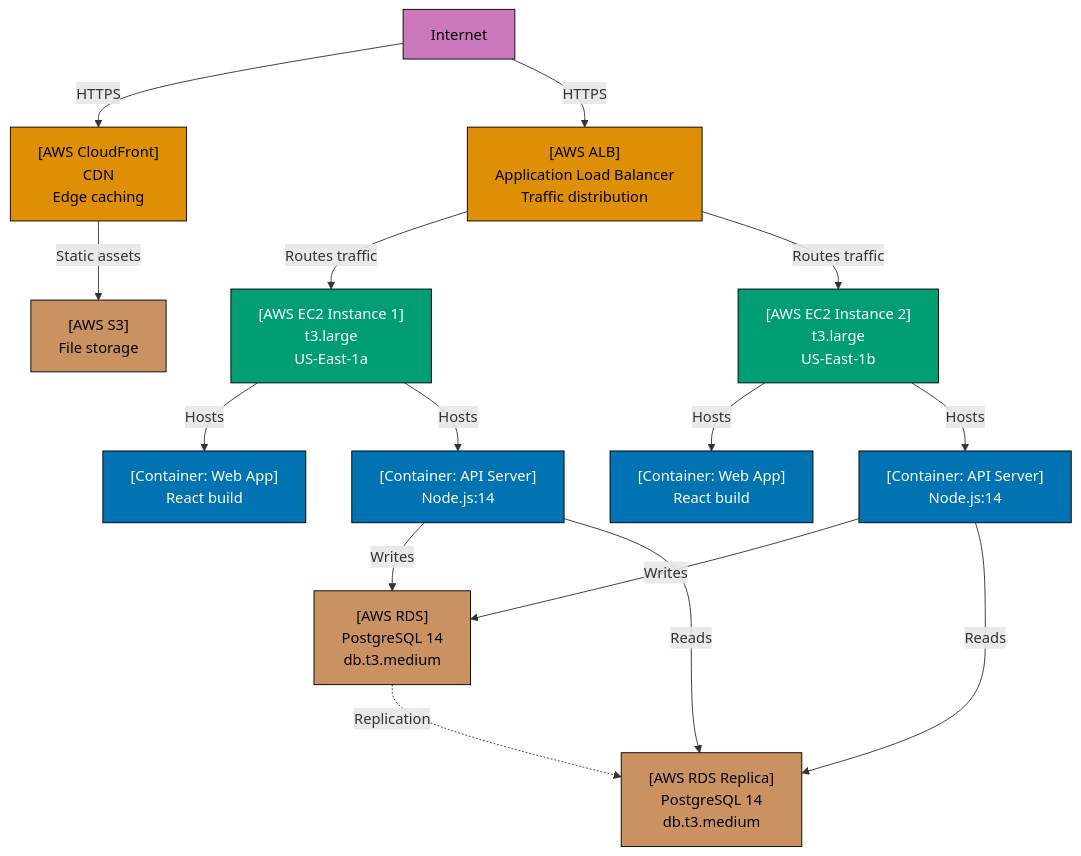
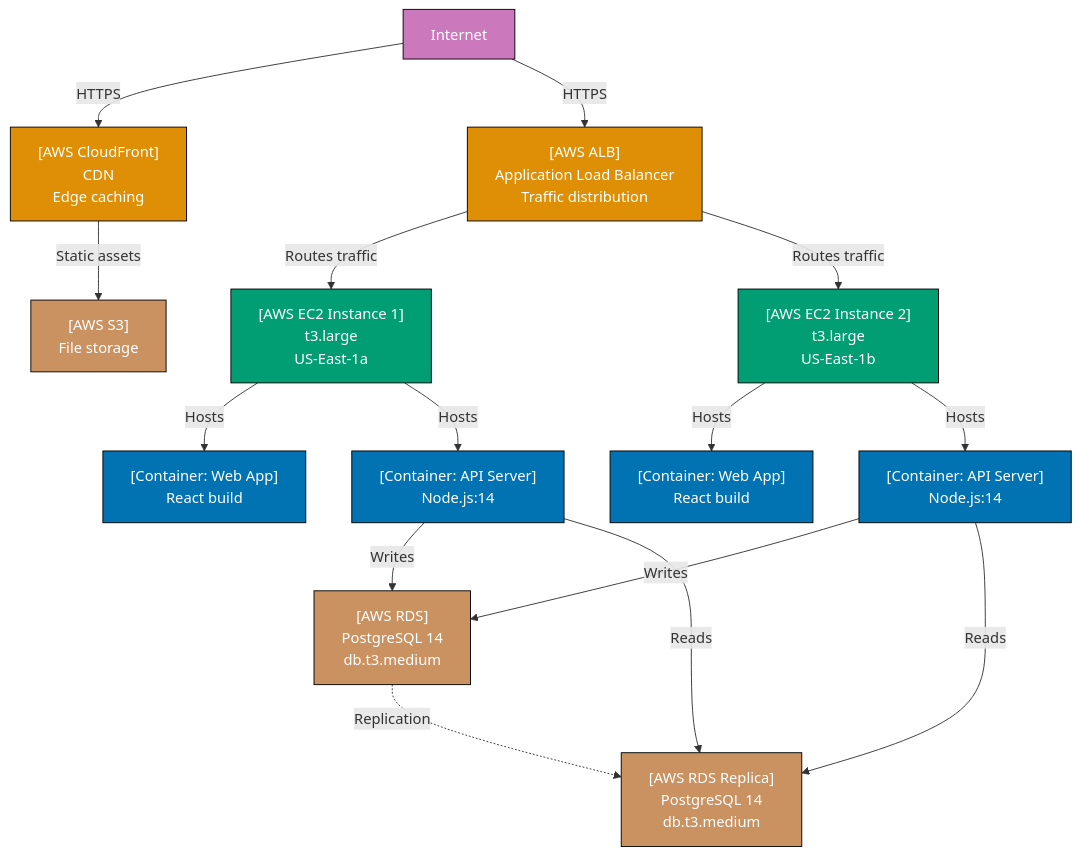
One commit to wahidyankf/open-sharia-enterprise changed the ninth of 30 diagrams in apps/ayokoding-web/content/en/learn/software-engineering/architecture/c4-architecture-model/by-example/intermediate.md. Above: the diagram before and after it, drawn with Mermaid. The commit also changed other lines of this file and 61 other files, not shown here.

First line of the commit message:
fix(ayokoding-web): quote Mermaid node labels with special characters in Example 63

````diff
--- a/apps/ayokoding-web/content/en/learn/software-engineering/architecture/c4-architecture-model/by-example/intermediate.md
+++ b/apps/ayokoding-web/content/en/learn/software-engineering/architecture/c4-architecture-model/by-example/intermediate.md
@@ -472,53 +472,53 @@
 ```mermaid
 graph TD
     Internet["Internet"]
 
     CloudFront["[AWS CloudFront]<br/>CDN<br/>Edge caching"]
     ALB["[AWS ALB]<br/>Application Load Balancer<br/>Traffic distribution"]
 
     EC2_1["[AWS EC2 Instance 1]<br/>t3.large<br/>US-East-1a"]
     EC2_2["[AWS EC2 Instance 2]<br/>t3.large<br/>US-East-1b"]
 
     WebApp1["[Container: Web App]<br/>React build"]
     WebApp2["[Container: Web App]<br/>React build"]
 
     APIServer1["[Container: API Server]<br/>Node.js:14"]
     APIServer2["[Container: API Server]<br/>Node.js:14"]
 
     RDS["[AWS RDS]<br/>PostgreSQL 14<br/>db.t3.medium"]
     RDSReplica["[AWS RDS Replica]<br/>PostgreSQL 14<br/>db.t3.medium"]
 
     S3["[AWS S3]<br/>File storage"]
 
     Internet -->|HTTPS| CloudFront
     CloudFront -->|Static assets| S3
     Internet -->|HTTPS| ALB
 
     ALB -->|Routes traffic| EC2_1
     ALB -->|Routes traffic| EC2_2
 
     EC2_1 -->|Hosts| WebApp1
     EC2_1 -->|Hosts| APIServer1
     EC2_2 -->|Hosts| WebApp2
     EC2_2 -->|Hosts| APIServer2
 
     APIServer1 -->|Writes| RDS
     APIServer1 -->|Reads| RDSReplica
     APIServer2 -->|Writes| RDS
     APIServer2 -->|Reads| RDSReplica
 
     RDS -.->|Replication| RDSReplica
 
-    style Internet fill:#CC78BC,stroke:#000,color:#000
-    style CloudFront fill:#DE8F05,stroke:#000,color:#000
-    style ALB fill:#DE8F05,stroke:#000,color:#000
+    style Internet fill:#CC78BC,stroke:#000,color:#fff
+    style CloudFront fill:#DE8F05,stroke:#000,color:#fff
+    style ALB fill:#DE8F05,stroke:#000,color:#fff
     style EC2_1 fill:#029E73,stroke:#000,color:#fff
     style EC2_2 fill:#029E73,stroke:#000,color:#fff
     style WebApp1 fill:#0173B2,stroke:#000,color:#fff
     style WebApp2 fill:#0173B2,stroke:#000,color:#fff
     style APIServer1 fill:#0173B2,stroke:#000,color:#fff
     style APIServer2 fill:#0173B2,stroke:#000,color:#fff
-    style RDS fill:#CA9161,stroke:#000,color:#000
-    style RDSReplica fill:#CA9161,stroke:#000,color:#000
-    style S3 fill:#CA9161,stroke:#000,color:#000
+    style RDS fill:#CA9161,stroke:#000,color:#fff
+    style RDSReplica fill:#CA9161,stroke:#000,color:#fff
+    style S3 fill:#CA9161,stroke:#000,color:#fff
 ```
````
